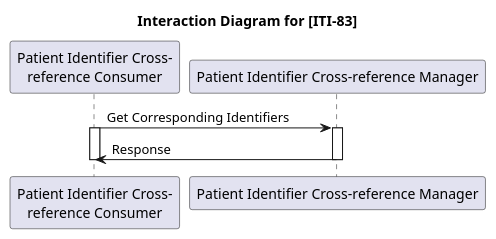
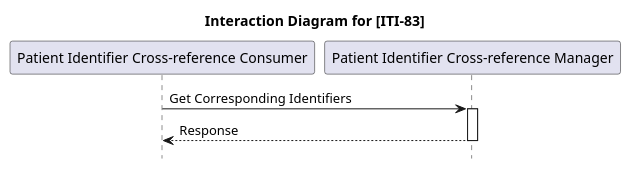
The diagram in input/images-source/PIXM_ActorDiagram_ITI-83.plantuml (ehealthsuisse/ch-epr-fhir), drawn with PlantUML before and after one commit. The commit also changed 33 other files, not shown here.

```diff
--- a/input/images-source/PIXM_ActorDiagram_ITI-83.plantuml
+++ b/input/images-source/PIXM_ActorDiagram_ITI-83.plantuml
@@ -1,16 +1,14 @@
 @startuml
 
 title Interaction Diagram for [ITI-83]
 
-participant consumer as "Patient Identifier Cross-\nreference Consumer"
+hide footbox
+autoactivate on
+
+participant consumer as "Patient Identifier Cross-reference Consumer"
 participant manager as "Patient Identifier Cross-reference Manager"
 
 consumer -> manager : Get Corresponding Identifiers
-activate consumer
-activate manager
-
-manager -> consumer: Response
-deactivate manager
-deactivate consumer
+manager --> consumer: Response
 
 @enduml 
```
